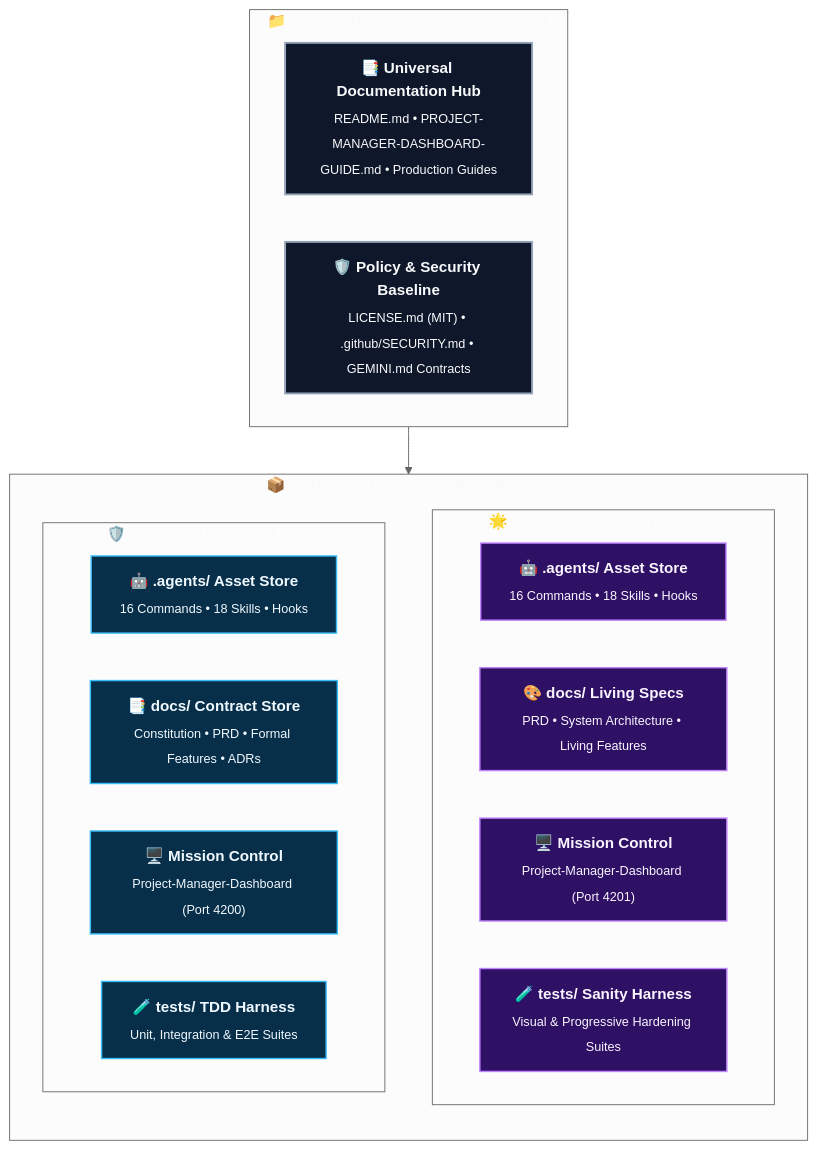
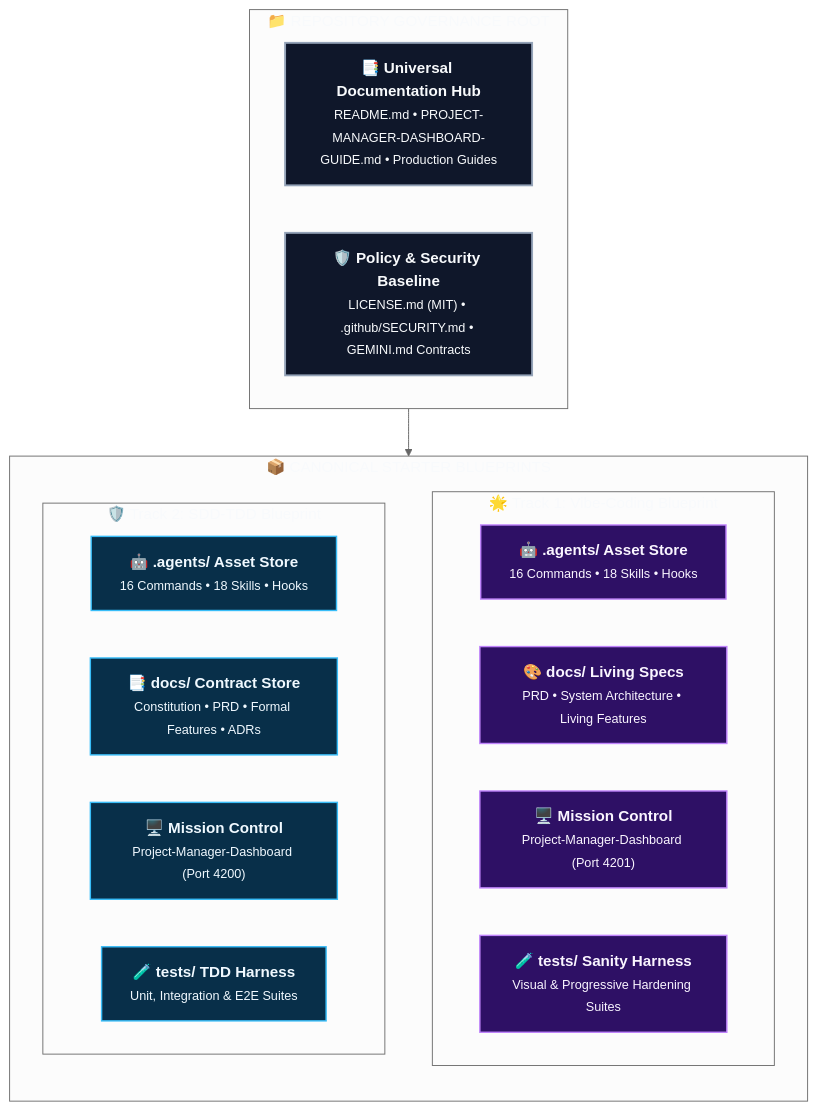
The fourth of 6 diagrams in README.md (rmsofficialsyt/Agentic-AI-Vibe-Coding-AND-SDD-TDD-Codebase-Chandan-Adhikary), drawn with Mermaid (neutral theme) before and after one commit. The commit also changed other lines of this file and 27 other files, not shown here.

Commit message:
docs: resolve text overlap and scattering across all diagrams via semantic typography and layout contracts

````diff
--- a/README.md
+++ b/README.md
@@ -194,30 +194,30 @@
 ```mermaid
 flowchart TD
     classDef root fill:#0f172a,stroke:#94a3b8,stroke-width:2px,color:#f8fafc;
     classDef vibe fill:#2e1065,stroke:#c084fc,stroke-width:1.5px,color:#faf5ff;
     classDef sdd fill:#082f49,stroke:#38bdf8,stroke-width:1.5px,color:#f0f9ff;
 
     subgraph Root ["📁 REPOSITORY GOVERNANCE ROOT"]
-        RootDocs["<b>📑 Universal Documentation Hub</b><br/><sub>README.md • PROJECT-MANAGER-DASHBOARD-GUIDE.md • Production Guides</sub>"]:::root
-        RootGov["<b>🛡️ Policy & Security Baseline</b><br/><sub>LICENSE.md (MIT) • .github/SECURITY.md • GEMINI.md Contracts</sub>"]:::root
+        RootDocs["<b>📑 Universal Documentation Hub</b><br/><small>README.md • PROJECT-MANAGER-DASHBOARD-GUIDE.md • Production Guides</small>"]:::root
+        RootGov["<b>🛡️ Policy & Security Baseline</b><br/><small>LICENSE.md (MIT) • .github/SECURITY.md • GEMINI.md Contracts</small>"]:::root
     end
 
     subgraph StarterTemplates ["📦 CANONICAL STARTER BLUEPRINTS"]
         direction TB
         subgraph T1Template ["🌟 Track 1: Vibe-Coding Blueprint"]
-            T1Agents["<b>🤖 .agents/ Asset Store</b><br/><sub>16 Commands • 18 Skills • Hooks</sub>"]:::vibe
-            T1Docs["<b>🎨 docs/ Living Specs</b><br/><sub>PRD • System Architecture • Living Features</sub>"]:::vibe
-            T1Dash["<b>🖥️ Mission Control</b><br/><sub>Project-Manager-Dashboard (Port 4201)</sub>"]:::vibe
-            T1Tests["<b>🧪 tests/ Sanity Harness</b><br/><sub>Visual & Progressive Hardening Suites</sub>"]:::vibe
+            T1Agents["<b>🤖 .agents/ Asset Store</b><br/><small>16 Commands • 18 Skills • Hooks</small>"]:::vibe
+            T1Docs["<b>🎨 docs/ Living Specs</b><br/><small>PRD • System Architecture • Living Features</small>"]:::vibe
+            T1Dash["<b>🖥️ Mission Control</b><br/><small>Project-Manager-Dashboard (Port 4201)</small>"]:::vibe
+            T1Tests["<b>🧪 tests/ Sanity Harness</b><br/><small>Visual & Progressive Hardening Suites</small>"]:::vibe
         end
 
         subgraph T2Template ["🛡️ Track 2: SDD-TDD Blueprint"]
-            T2Agents["<b>🤖 .agents/ Asset Store</b><br/><sub>16 Commands • 18 Skills • Hooks</sub>"]:::sdd
-            T2Docs["<b>📑 docs/ Contract Store</b><br/><sub>Constitution • PRD • Formal Features • ADRs</sub>"]:::sdd
-            T2Dash["<b>🖥️ Mission Control</b><br/><sub>Project-Manager-Dashboard (Port 4200)</sub>"]:::sdd
-            T2Tests["<b>🧪 tests/ TDD Harness</b><br/><sub>Unit, Integration & E2E Suites</sub>"]:::sdd
+            T2Agents["<b>🤖 .agents/ Asset Store</b><br/><small>16 Commands • 18 Skills • Hooks</small>"]:::sdd
+            T2Docs["<b>📑 docs/ Contract Store</b><br/><small>Constitution • PRD • Formal Features • ADRs</small>"]:::sdd
+            T2Dash["<b>🖥️ Mission Control</b><br/><small>Project-Manager-Dashboard (Port 4200)</small>"]:::sdd
+            T2Tests["<b>🧪 tests/ TDD Harness</b><br/><small>Unit, Integration & E2E Suites</small>"]:::sdd
         end
     end
 
     Root --> StarterTemplates
 ```
````
